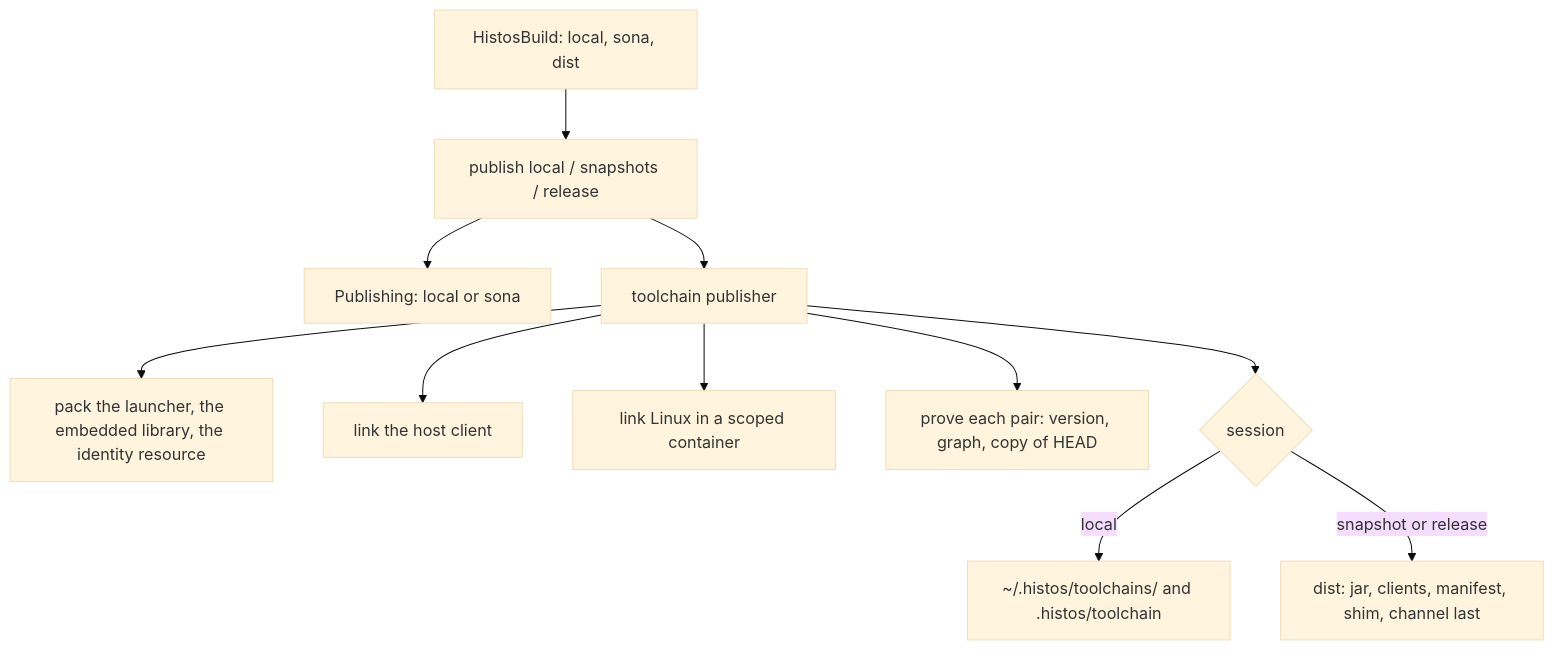
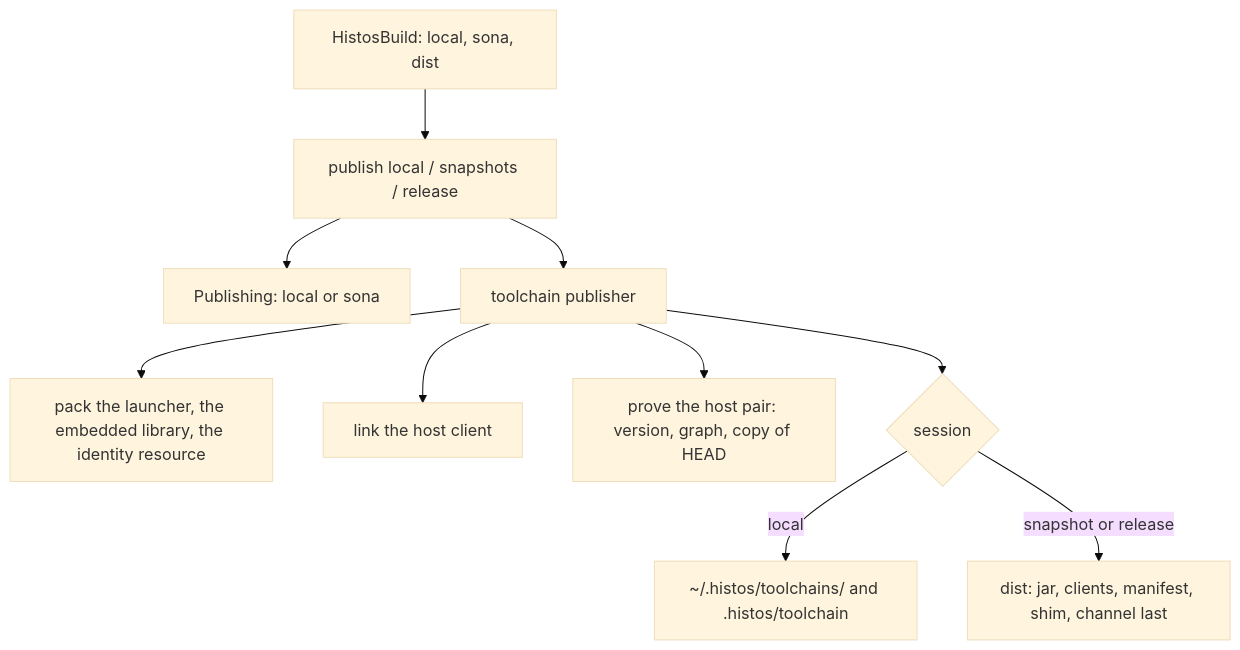
The first of 2 diagrams in docs/cli-work-plan.md (early-effect/histos), drawn with Mermaid (base theme) before and after one commit. The commit also changed other lines of this file and 4 other files, not shown here.

````diff
--- a/docs/cli-work-plan.md
+++ b/docs/cli-work-plan.md
@@ -114,13 +107,12 @@
 ```mermaid
 flowchart TD
   build["HistosBuild: local, sona, dist"] --> pub["publish local / snapshots / release"]
   pub --> maven["Publishing: local or sona"]
   pub --> tc["toolchain publisher"]
   tc --> pack["pack the launcher, the embedded library, the identity resource"]
   tc --> host["link the host client"]
-  tc --> linux["link Linux in a scoped container"]
-  tc --> proof["prove each pair: version, graph, copy of HEAD"]
+  tc --> proof["prove the host pair: version, graph, copy of HEAD"]
   tc --> out{"session"}
   out -->|local| home["~/.histos/toolchains/<id> and .histos/toolchain"]
   out -->|snapshot or release| dist["dist: jar, clients, manifest, shim, channel last"]
 ```
````
